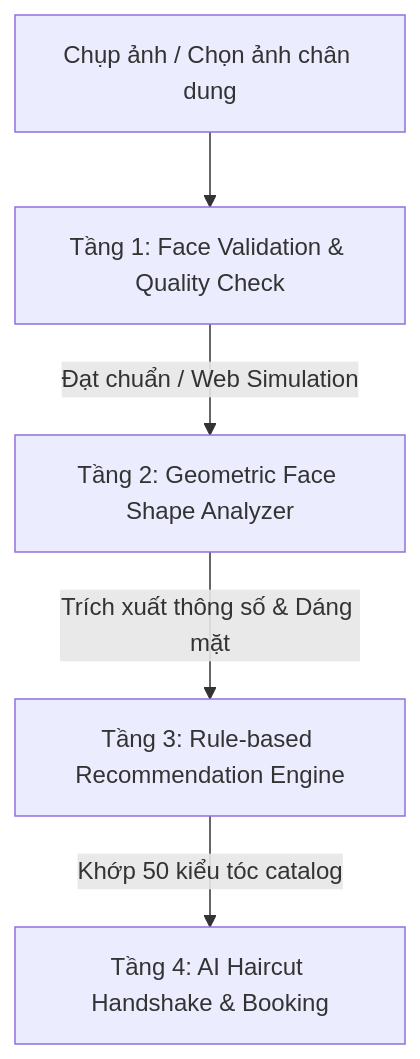
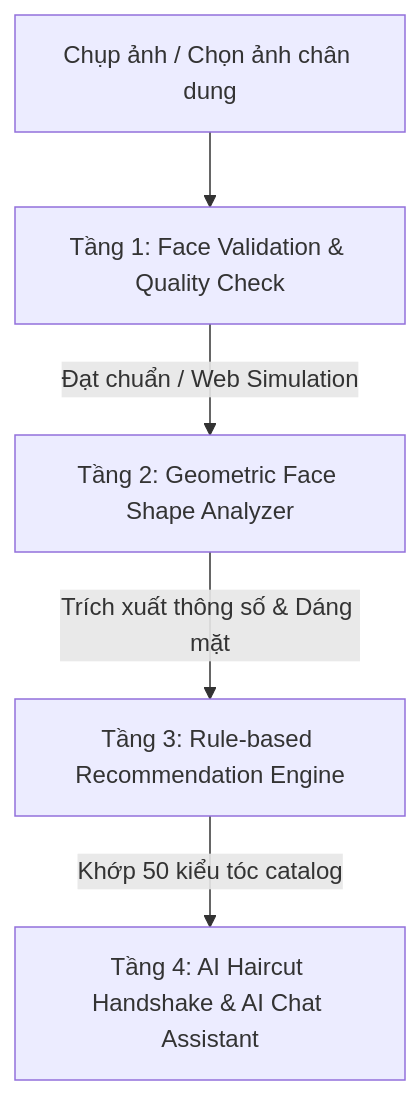
One commit to MenBoyBMN/HairFit_AI changed the diagram in AI_OPERATION_GUIDE.md. Above: the diagram before and after it, drawn with Mermaid. The commit also changed other lines of this file, not shown here.

````diff
--- a/AI_OPERATION_GUIDE.md
+++ b/AI_OPERATION_GUIDE.md
@@ -11,7 +11,7 @@
 ```mermaid
 graph TD
     A[Chụp ảnh / Chọn ảnh chân dung] --> B[Tầng 1: Face Validation & Quality Check]
     B -->|Đạt chuẩn / Web Simulation| C[Tầng 2: Geometric Face Shape Analyzer]
     C -->|Trích xuất thông số & Dáng mặt| D[Tầng 3: Rule-based Recommendation Engine]
-    D -->|Khớp 50 kiểu tóc catalog| E[Tầng 4: AI Haircut Handshake & Booking]
+    D -->|Khớp 50 kiểu tóc catalog| E[Tầng 4: AI Haircut Handshake & AI Chat Assistant]
 ```
````
